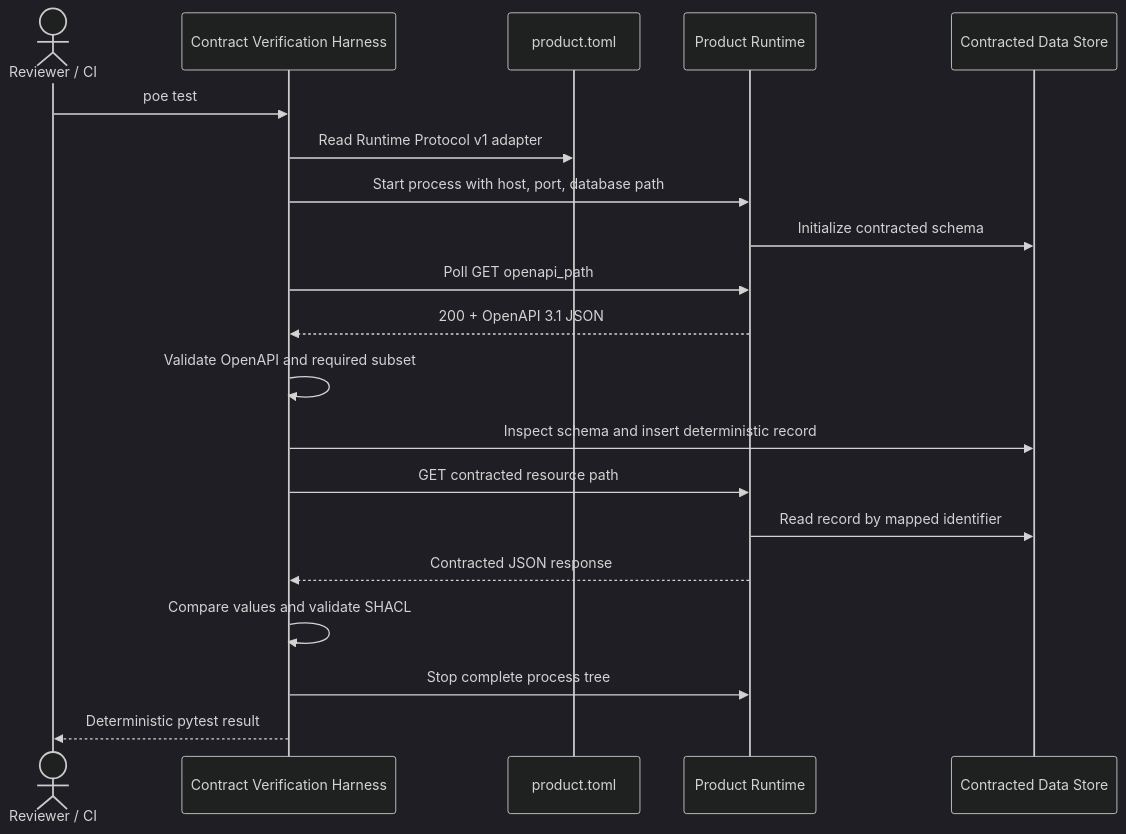
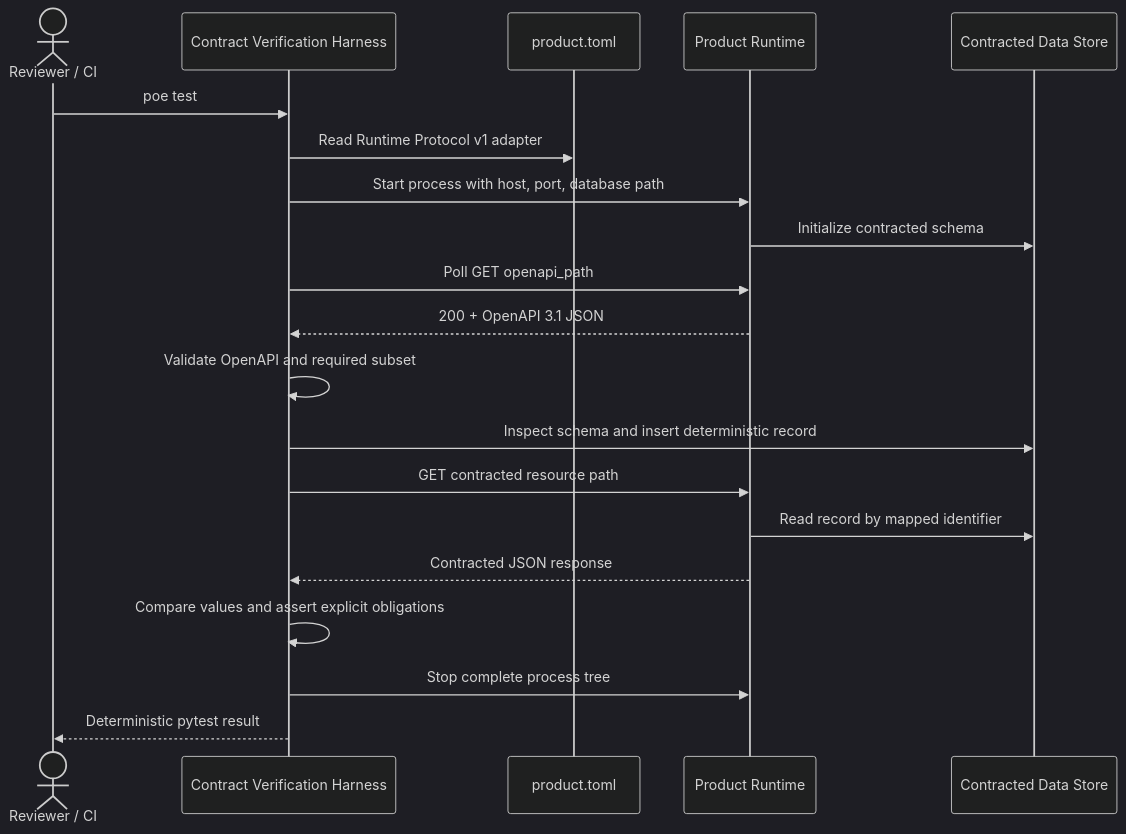
Before and after one commit to arturmiller/spec-compiler: the second of 5 diagrams in docs/architecture/arc42.md, drawn with Mermaid (dark theme). The commit also changed other lines of this file and 11 other files, not shown here.

Commit message:
Generate tests from explicit obligations

````diff
--- a/docs/architecture/arc42.md
+++ b/docs/architecture/arc42.md
@@ -219,23 +219,23 @@
 ```mermaid
 sequenceDiagram
     actor Operator as Reviewer / CI
     participant Harness as Contract Verification Harness
     participant Manifest as product.toml
     participant Runtime as Product Runtime
     participant DB as Contracted Data Store
 
     Operator->>Harness: poe test
     Harness->>Manifest: Read Runtime Protocol v1 adapter
     Harness->>Runtime: Start process with host, port, database path
     Runtime->>DB: Initialize contracted schema
     Harness->>Runtime: Poll GET openapi_path
     Runtime-->>Harness: 200 + OpenAPI 3.1 JSON
     Harness->>Harness: Validate OpenAPI and required subset
     Harness->>DB: Inspect schema and insert deterministic record
     Harness->>Runtime: GET contracted resource path
     Runtime->>DB: Read record by mapped identifier
     Runtime-->>Harness: Contracted JSON response
-    Harness->>Harness: Compare values and validate SHACL
+    Harness->>Harness: Compare values and assert explicit obligations
     Harness->>Runtime: Stop complete process tree
     Harness-->>Operator: Deterministic pytest result
 ```
````
